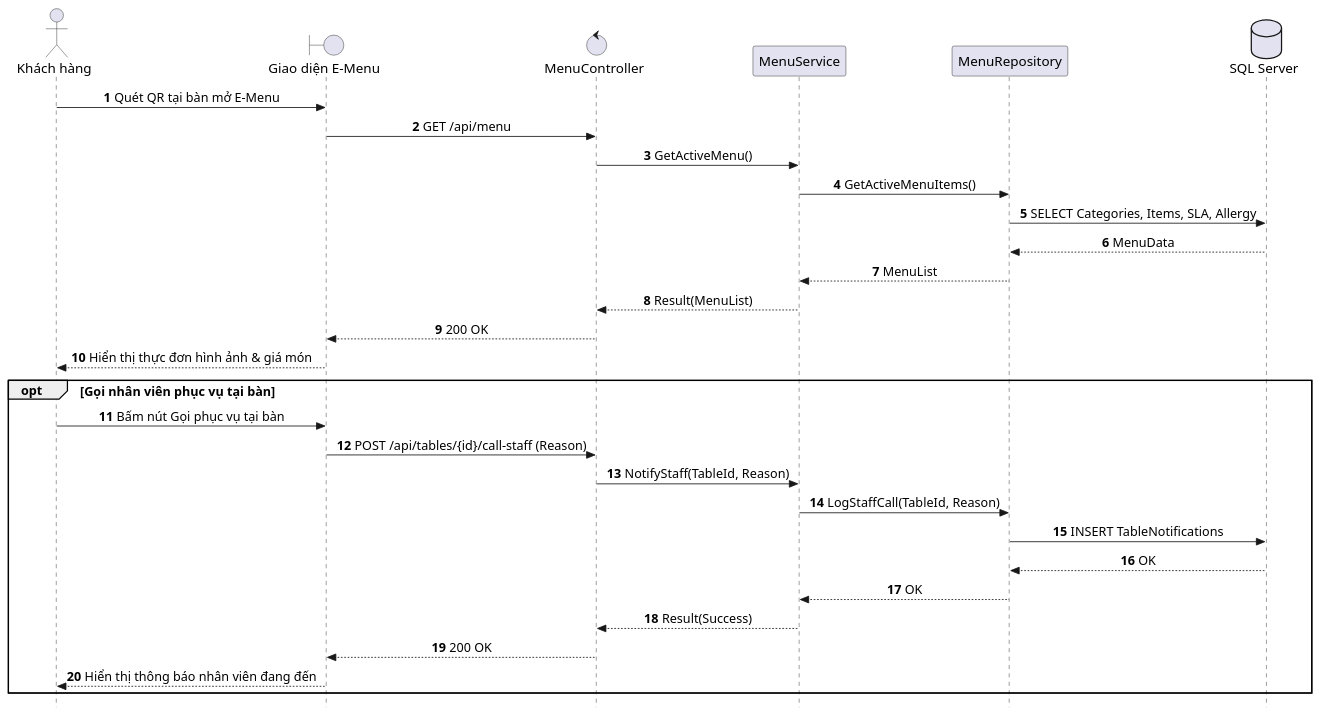
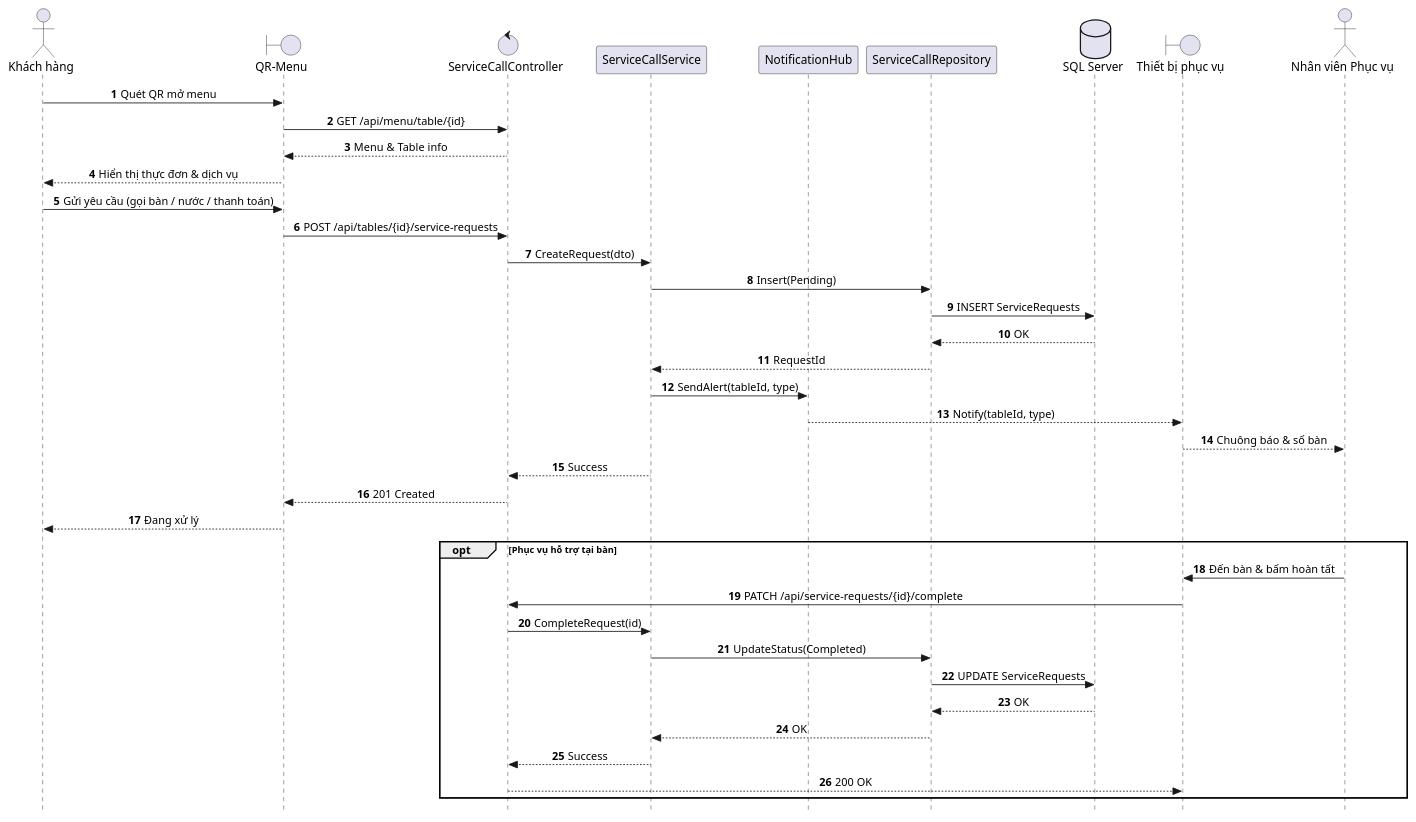
The diagram in docs/puml/sequences/SD_UC_U2_View_Menu.puml (AndrewQng/VinDining), drawn with PlantUML before and after one commit. The commit also changed 87 other files, not shown here.

Commit message:
docs: add phase 1 use case specifications, sequence diagrams, and architecture diagrams

```diff
--- a/docs/puml/sequences/SD_UC_U2_View_Menu.puml
+++ b/docs/puml/sequences/SD_UC_U2_View_Menu.puml
@@ -1,44 +1,49 @@
-@startuml SD_UC_U2_View_Menu
+@startuml SD_UC_U2_Service_Request_QR_Menu
 autonumber
 skinparam style strictuml
 skinparam sequenceMessageAlign center
 skinparam responseMessageBelowArrow true
 skinparam defaultFontName "Segoe UI", Arial, sans-serif
-skinparam defaultFontSize 16
-skinparam sequenceActorFontSize 16
-skinparam sequenceParticipantFontSize 16
-skinparam sequenceArrowFontSize 15
-skinparam sequenceGroupFontSize 15
-skinparam sequenceGroupHeaderFontSize 15
 
 actor "Khách hàng" as Guest
-boundary "Giao diện E-Menu" as UI
-control "MenuController" as Controller
-participant "MenuService" as Service
-participant "MenuRepository" as Repo
+boundary "QR-Menu" as UI
+control "ServiceCallController" as Controller
+participant "ServiceCallService" as Service
+participant "NotificationHub" as Hub
+participant "ServiceCallRepository" as Repo
 database "SQL Server" as DB
+boundary "Thiết bị phục vụ" as Device
+actor "Nhân viên Phục vụ" as Waitstaff
 
-Guest -> UI: Quét QR tại bàn mở E-Menu
-UI -> Controller: GET /api/menu
-Controller -> Service: GetActiveMenu()
-Service -> Repo: GetActiveMenuItems()
-Repo -> DB: SELECT Categories, Items, SLA, Allergy
-DB --> Repo: MenuData
-Repo --> Service: MenuList
-Service --> Controller: Result(MenuList)
-Controller --> UI: 200 OK
-UI --> Guest: Hiển thị thực đơn hình ảnh & giá món
+Guest -> UI: Quét QR mở menu
+UI -> Controller: GET /api/menu/table/{id}
+Controller --> UI: Menu & Table info
+UI --> Guest: Hiển thị thực đơn & dịch vụ
 
-opt Gọi nhân viên phục vụ tại bàn
-    Guest -> UI: Bấm nút Gọi phục vụ tại bàn
-    UI -> Controller: POST /api/tables/{id}/call-staff (Reason)
-    Controller -> Service: NotifyStaff(TableId, Reason)
-    Service -> Repo: LogStaffCall(TableId, Reason)
-    Repo -> DB: INSERT TableNotifications
+Guest -> UI: Gửi yêu cầu (gọi bàn / nước / thanh toán)
+UI -> Controller: POST /api/tables/{id}/service-requests
+Controller -> Service: CreateRequest(dto)
+Service -> Repo: Insert(Pending)
+Repo -> DB: INSERT ServiceRequests
+DB --> Repo: OK
+Repo --> Service: RequestId
+
+Service -> Hub: SendAlert(tableId, type)
+Hub --> Device: Notify(tableId, type)
+Device --> Waitstaff: Chuông báo & số bàn
+Service --> Controller: Success
+Controller --> UI: 201 Created
+UI --> Guest: Đang xử lý
+
+opt Phục vụ hỗ trợ tại bàn
+    Waitstaff -> Device: Đến bàn & bấm hoàn tất
+    Device -> Controller: PATCH /api/service-requests/{id}/complete
+    Controller -> Service: CompleteRequest(id)
+    Service -> Repo: UpdateStatus(Completed)
+    Repo -> DB: UPDATE ServiceRequests
     DB --> Repo: OK
     Repo --> Service: OK
-    Service --> Controller: Result(Success)
-    Controller --> UI: 200 OK
-    UI --> Guest: Hiển thị thông báo nhân viên đang đến
+    Service --> Controller: Success
+    Controller --> Device: 200 OK
 end
 @enduml
```
